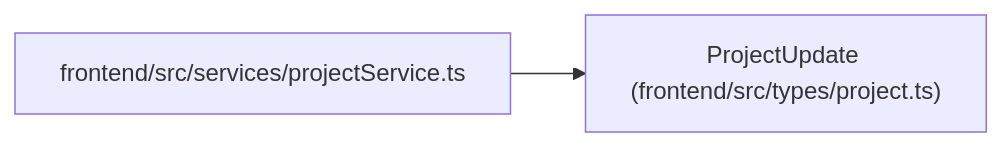
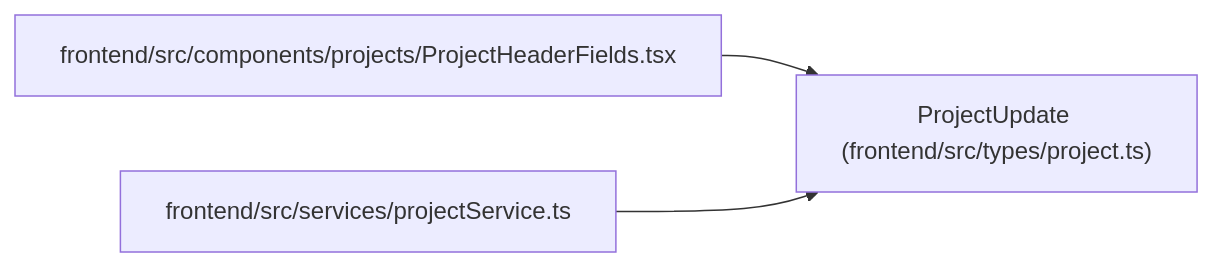
One commit to Denissvgn/WorkChord changed the diagram in docs/llm_wiki/entities/types_project_ProjectUpdate.md. Above: the diagram before and after it, drawn with Mermaid. The commit also changed other lines of this file and 2373 other files, not shown here.

````diff
--- a/docs/llm_wiki/entities/types_project_ProjectUpdate.md
+++ b/docs/llm_wiki/entities/types_project_ProjectUpdate.md
@@ -35,8 +35,11 @@
 ```mermaid
 flowchart LR
     n0["ProjectUpdate (frontend/src/types/project.ts)"]
-    n1["frontend/src/services/projectService.ts"]
+    n1["frontend/src/components/projects/ProjectHeaderFields.tsx"]
+    n2["frontend/src/services/projectService.ts"]
     n1 --> n0
+    n2 --> n0
     click n0 "../modules/types_project.md"
-    click n1 "../modules/projectService.md"
+    click n1 "../modules/ProjectHeaderFields.md"
+    click n2 "../modules/projectService.md"
 ```
````
